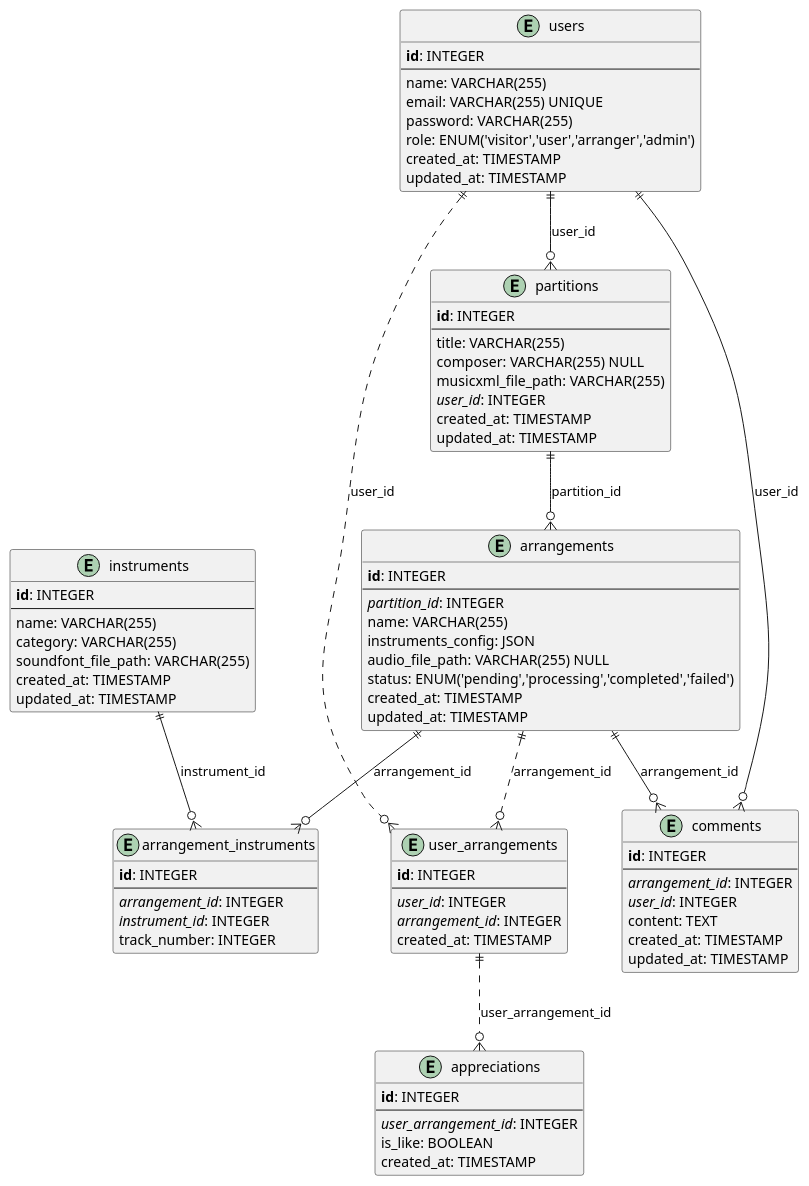
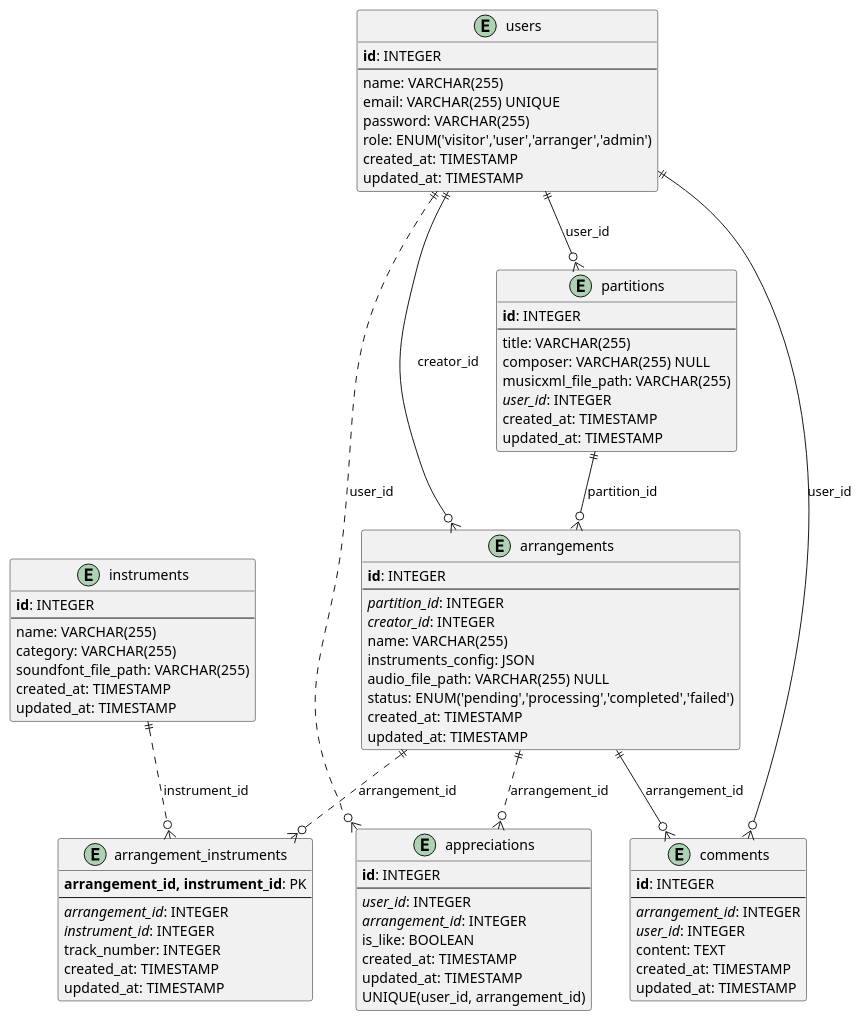
Before and after one commit to OretrO/Len-Synphonie: the second of 2 diagrams in README.md, drawn with PlantUML. The commit also changed other lines of this file and 11 other files, not shown here.

````diff
--- a/README.md
+++ b/README.md
@@ -179,6 +202,7 @@
   <b>id</b>: INTEGER
   --
   <i>partition_id</i>: INTEGER
+  <i>creator_id</i>: INTEGER
   name: VARCHAR(255)
   instruments_config: JSON
   audio_file_path: VARCHAR(255) NULL
@@ -198,11 +222,13 @@
 }
 
 entity "arrangement_instruments" as arrangement_instruments {
-  <b>id</b>: INTEGER
+  <b>arrangement_id, instrument_id</b>: PK
   --
   <i>arrangement_id</i>: INTEGER
   <i>instrument_id</i>: INTEGER
   track_number: INTEGER
+  created_at: TIMESTAMP
+  updated_at: TIMESTAMP
 }
 
 entity "comments" as comments {
@@ -215,34 +241,28 @@
   updated_at: TIMESTAMP
 }
 
-entity "user_arrangements" as user_arrangements {
+entity "appreciations" as appreciations {
   <b>id</b>: INTEGER
   --
   <i>user_id</i>: INTEGER
   <i>arrangement_id</i>: INTEGER
+  is_like: BOOLEAN
   created_at: TIMESTAMP
+  updated_at: TIMESTAMP
+  UNIQUE(user_id, arrangement_id)
 }
 
-entity "appreciations" as appreciations {
-  <b>id</b>: INTEGER
-  --
-  <i>user_arrangement_id</i>: INTEGER
-  is_like: BOOLEAN
-  created_at: TIMESTAMP
-}
-
+' Relations directes (traits pleins)
 users ||--o{ partitions : "user_id"
+users ||--o{ arrangements : "creator_id"
 users ||--o{ comments : "user_id"
-
-users ||..o{ user_arrangements : "user_id"
-arrangements ||..o{ user_arrangements : "arrangement_id"
-
-user_arrangements ||..o{ appreciations : "user_arrangement_id"
-
 partitions ||--o{ arrangements : "partition_id"
-
-arrangements ||--o{ arrangement_instruments : "arrangement_id"
 arrangements ||--o{ comments : "arrangement_id"
 
-instruments ||--o{ arrangement_instruments : "instrument_id"
+' Relations via classes associatives (traits pointillés)
+users ||..o{ appreciations : "user_id"
+arrangements ||..o{ appreciations : "arrangement_id"
+
+arrangements ||..o{ arrangement_instruments : "arrangement_id"
+instruments ||..o{ arrangement_instruments : "instrument_id"
 ```
````
